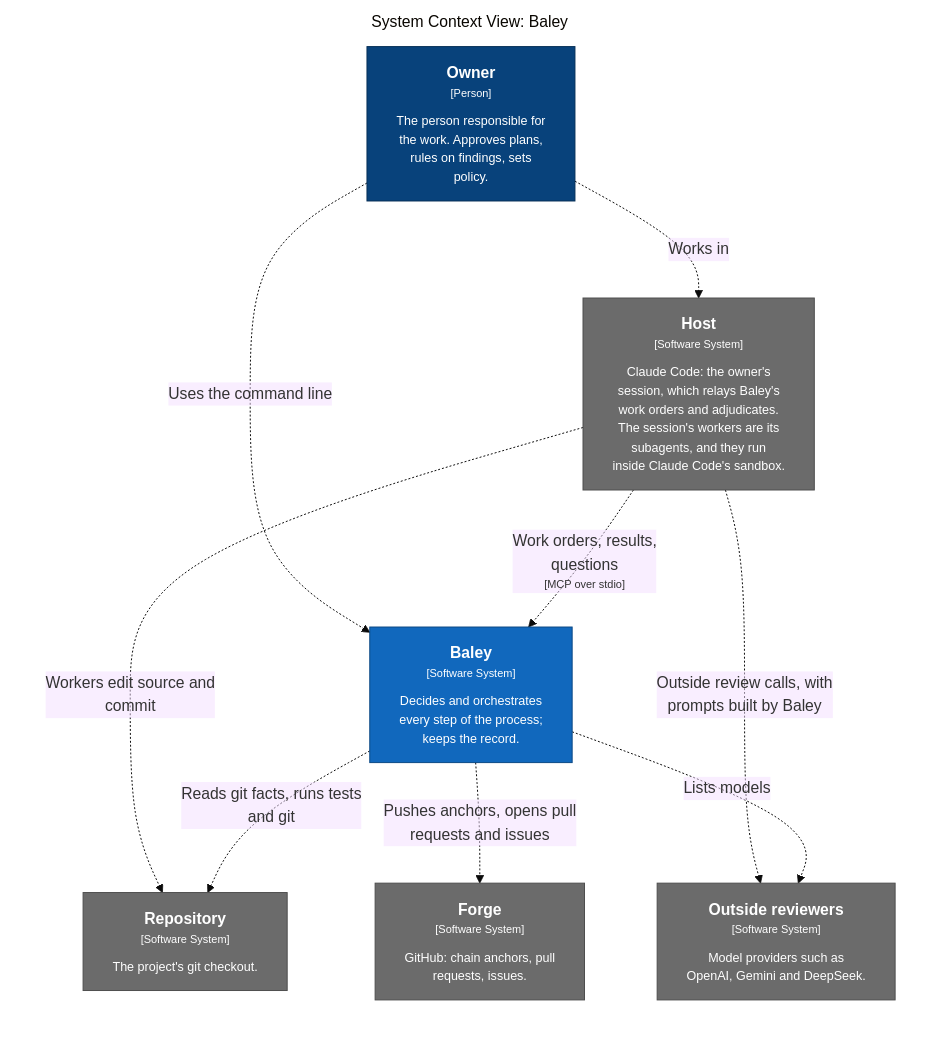
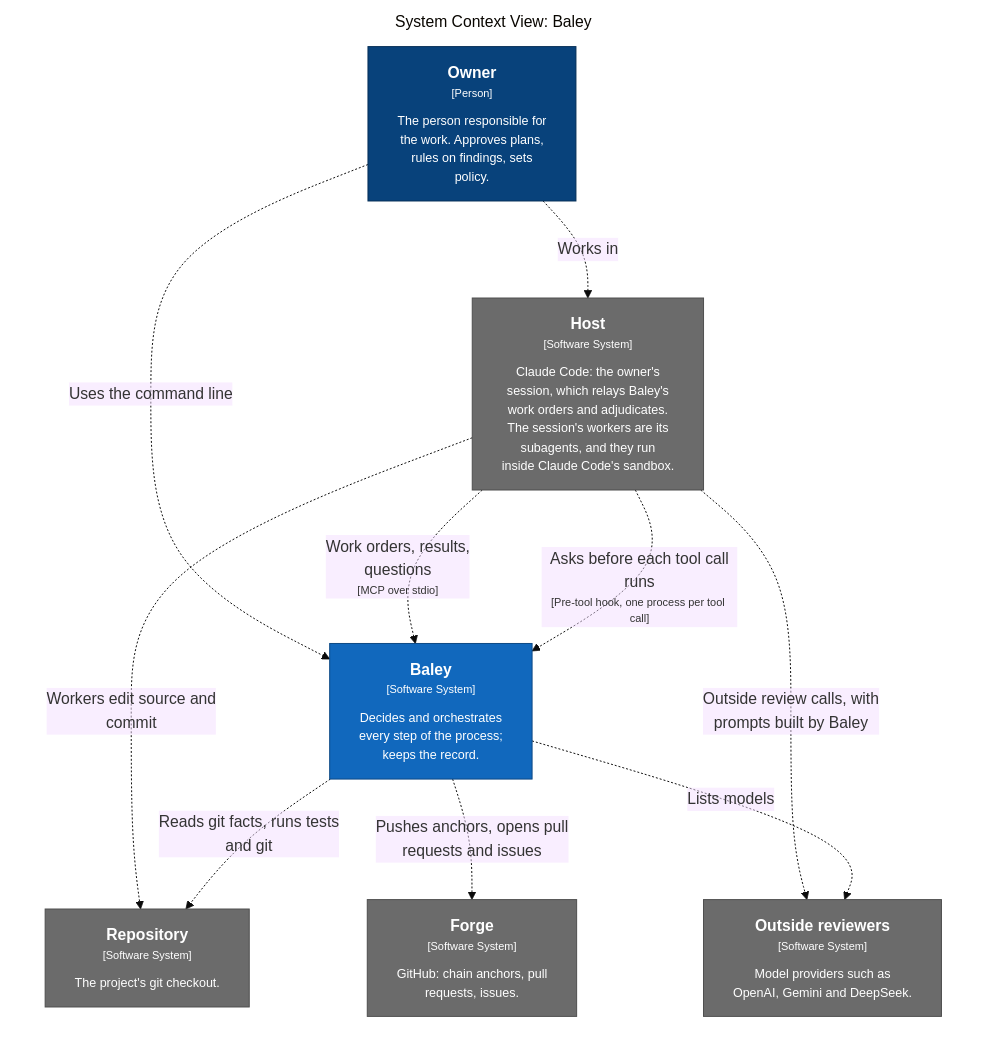
One commit to crenshawdev/baley changed the first of 4 diagrams in docs/design/0002-system-design.md. Above: the diagram before and after it, drawn with Mermaid (base theme). The commit also changed other lines of this file and 3 other files, not shown here.

First line of the commit message:
docs(design): draw the pre-tool hook as its own way into Baley

````diff
--- a/docs/design/0002-system-design.md
+++ b/docs/design/0002-system-design.md
@@ -51,31 +51,32 @@
 ```mermaid
 graph LR
   linkStyle default fill:none
 
   subgraph diagram ["System Context View: Baley"]
     style diagram fill:none,stroke:none
 
     1["<div style='font-weight: bold'>Owner</div><div style='font-size: 70%; margin-top: 0px'>[Person]</div><div style='font-size: 80%; margin-top:10px'>The person responsible for<br />the work. Approves plans,<br />rules on findings, sets<br />policy.</div>"]
     style 1 fill:#08427b,stroke:#052e56,color:#ffffff
     15["<div style='font-weight: bold'>Host</div><div style='font-size: 70%; margin-top: 0px'>[Software System]</div><div style='font-size: 80%; margin-top:10px'>Claude Code: the owner's<br />session, which relays Baley's<br />work orders and adjudicates.<br />The session's workers are its<br />subagents, and they run<br />inside Claude Code's sandbox.</div>"]
     style 15 fill:#6b6b6b,stroke:#4d4d4d,color:#ffffff
     16["<div style='font-weight: bold'>Repository</div><div style='font-size: 70%; margin-top: 0px'>[Software System]</div><div style='font-size: 80%; margin-top:10px'>The project's git checkout.</div>"]
     style 16 fill:#6b6b6b,stroke:#4d4d4d,color:#ffffff
     17["<div style='font-weight: bold'>Forge</div><div style='font-size: 70%; margin-top: 0px'>[Software System]</div><div style='font-size: 80%; margin-top:10px'>GitHub: chain anchors, pull<br />requests, issues.</div>"]
     style 17 fill:#6b6b6b,stroke:#4d4d4d,color:#ffffff
     18["<div style='font-weight: bold'>Outside reviewers</div><div style='font-size: 70%; margin-top: 0px'>[Software System]</div><div style='font-size: 80%; margin-top:10px'>Model providers such as<br />OpenAI, Gemini and DeepSeek.</div>"]
     style 18 fill:#6b6b6b,stroke:#4d4d4d,color:#ffffff
     2["<div style='font-weight: bold'>Baley</div><div style='font-size: 70%; margin-top: 0px'>[Software System]</div><div style='font-size: 80%; margin-top:10px'>Decides and orchestrates<br />every step of the process;<br />keeps the record.</div>"]
     style 2 fill:#1168bd,stroke:#0b4884,color:#ffffff
 
     1-. "<div>Works in</div><div style='font-size: 70%'></div>" .->15
     1-. "<div>Uses the command line</div><div style='font-size: 70%'></div>" .->2
     15-. "<div>Work orders, results,<br />questions</div><div style='font-size: 70%'>[MCP over stdio]</div>" .->2
+    15-. "<div>Asks before each tool call<br />runs</div><div style='font-size: 70%'>[Pre-tool hook, one process per tool call]</div>" .->2
     15-. "<div>Workers edit source and<br />commit</div><div style='font-size: 70%'></div>" .->16
     15-. "<div>Outside review calls, with<br />prompts built by Baley</div><div style='font-size: 70%'></div>" .->18
     2-. "<div>Lists models</div><div style='font-size: 70%'></div>" .->18
     2-. "<div>Reads git facts, runs tests<br />and git</div><div style='font-size: 70%'></div>" .->16
     2-. "<div>Pushes anchors, opens pull<br />requests and issues</div><div style='font-size: 70%'></div>" .->17
 
   end
 ```
````
